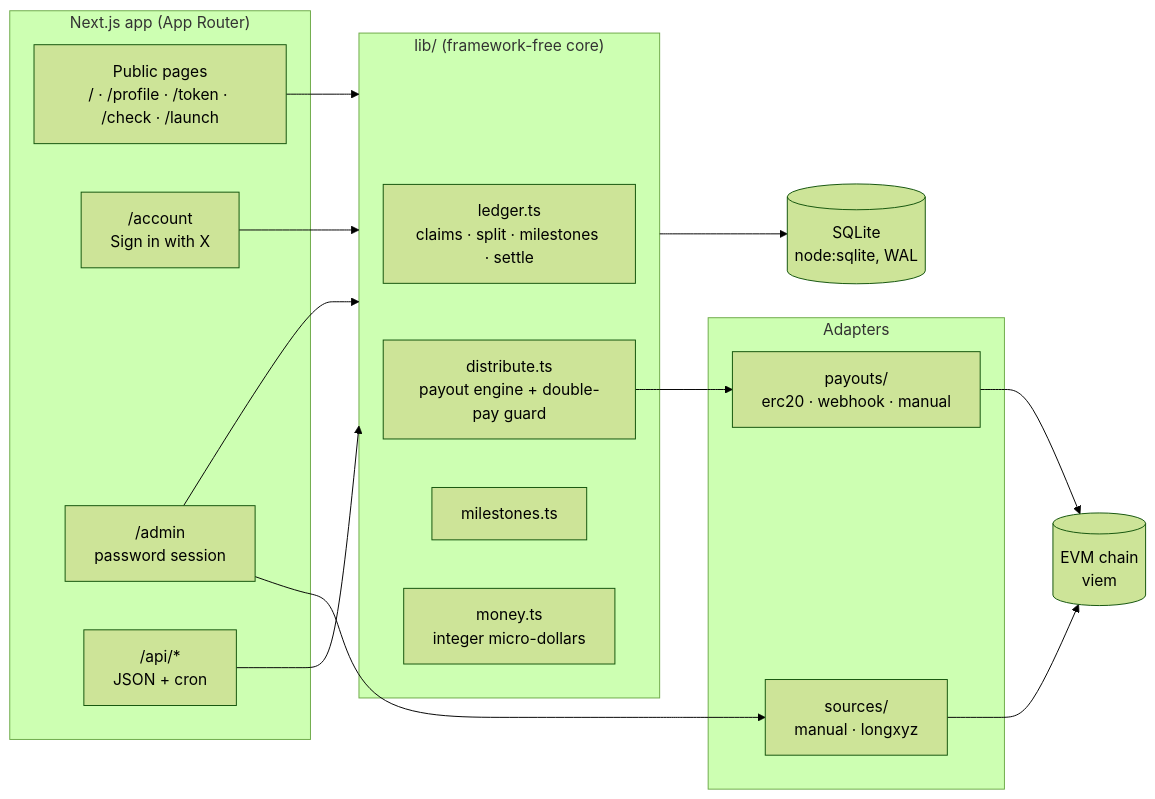
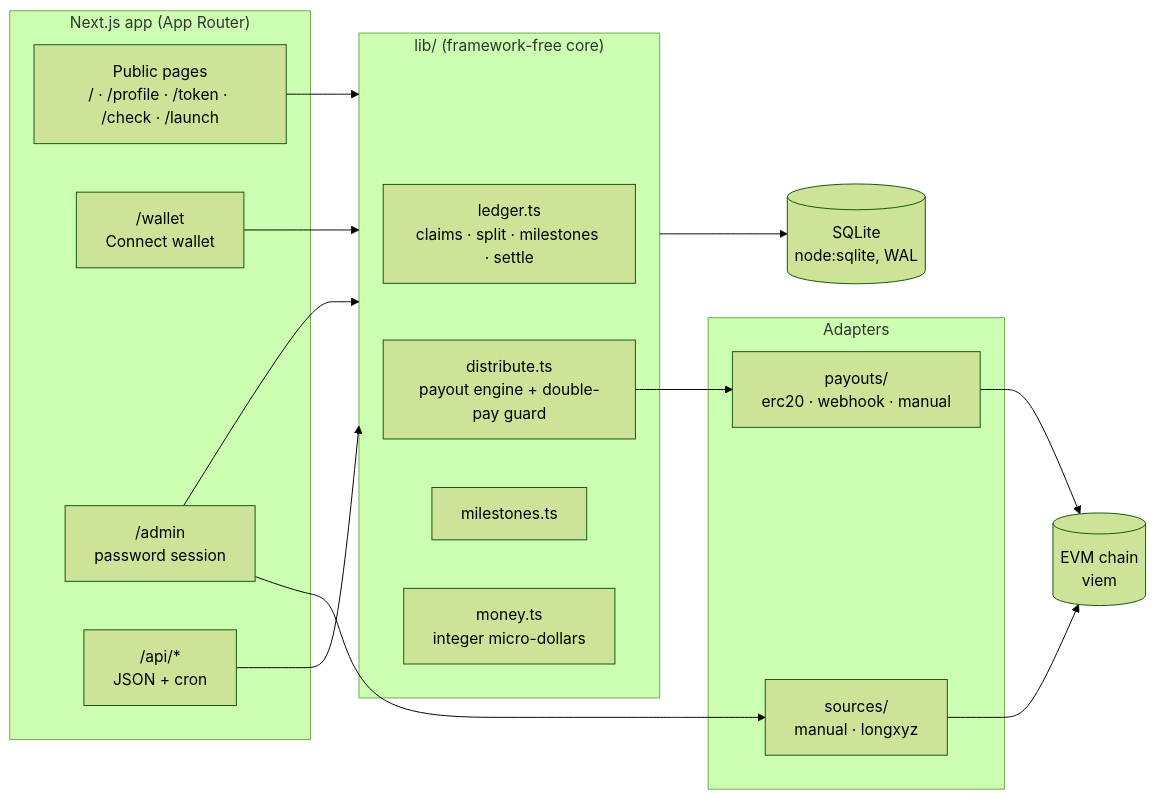
One commit to uselongpaid/uselongpaid changed the second of 2 diagrams in README.md. Above: the diagram before and after it, drawn with Mermaid (forest theme). The commit also changed other lines of this file and 30 other files, not shown here.

First line of the commit message:
Replace X sign-in with Connect wallet on Robinhood Chain

````diff
--- a/README.md
+++ b/README.md
@@ -93,34 +96,34 @@
 ```mermaid
 flowchart LR
     subgraph Web["Next.js app (App Router)"]
         Pages["Public pages<br/>/ · /profile · /token · /check · /launch"]
-        Account["/account<br/>Sign in with X"]
+        Account["/wallet<br/>Connect wallet"]
         Admin["/admin<br/>password session"]
         API["/api/*<br/>JSON + cron"]
     end
 
     subgraph Core["lib/ (framework-free core)"]
         Ledger["ledger.ts<br/>claims · split · milestones · settle"]
         Distribute["distribute.ts<br/>payout engine + double-pay guard"]
         Milestones["milestones.ts"]
         Money["money.ts<br/>integer micro-dollars"]
     end
 
     subgraph Adapters
         Sources["sources/<br/>manual · longxyz"]
         Payouts["payouts/<br/>erc20 · webhook · manual"]
     end
 
     DB[("SQLite<br/>node:sqlite, WAL")]
     Chain[("EVM chain<br/>viem")]
 
     Pages --> Core
     Account --> Core
     Admin --> Core
     API --> Core
     Core --> DB
     Sources --> Chain
     Payouts --> Chain
     Admin --> Sources
     Distribute --> Payouts
 ```
````
